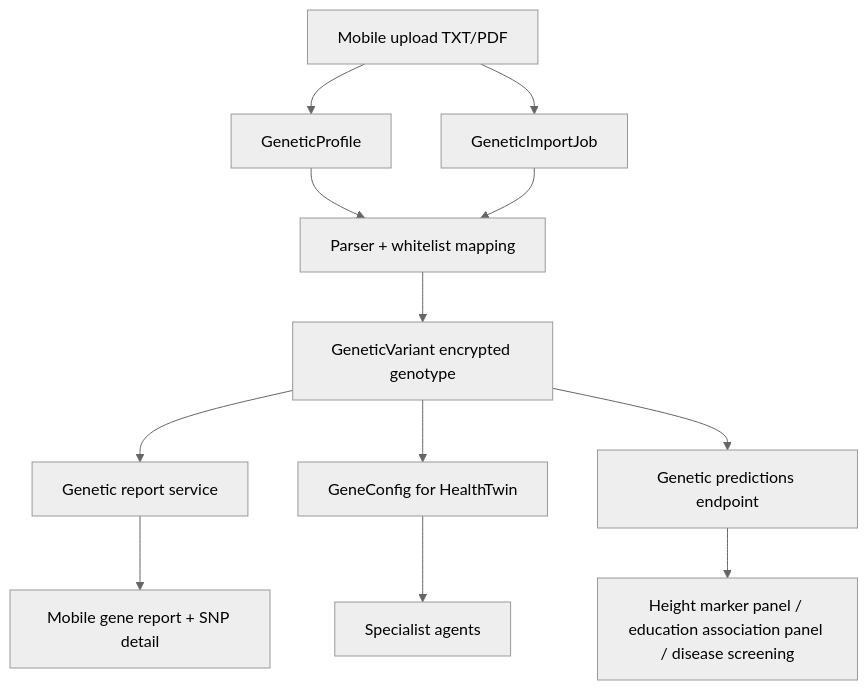
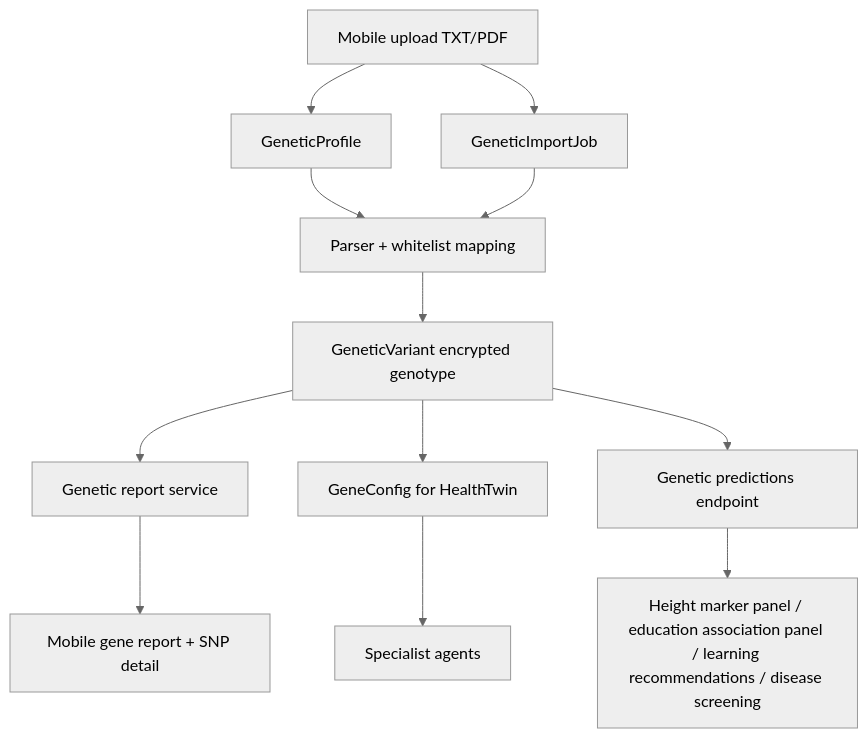
The diagram in docs/GENETIC_MODULE_ARCHITECTURE.md (itsoso/health-llm-driven), drawn with Mermaid (neutral theme) before and after one commit. The commit also changed other lines of this file and 4 other files, not shown here.

Commit message:
feat(genetics): add learning strategy recommendations

````diff
--- a/docs/GENETIC_MODULE_ARCHITECTURE.md
+++ b/docs/GENETIC_MODULE_ARCHITECTURE.md
@@ -11,14 +11,14 @@
 ```mermaid
 flowchart TD
     A["Mobile upload TXT/PDF"] --> B["GeneticProfile"]
     A --> C["GeneticImportJob"]
     B --> D["Parser + whitelist mapping"]
     C --> D
     D --> E["GeneticVariant encrypted genotype"]
     E --> F["Genetic report service"]
     E --> G["GeneConfig for HealthTwin"]
     E --> H["Genetic predictions endpoint"]
     F --> I["Mobile gene report + SNP detail"]
     G --> J["Specialist agents"]
-    H --> K["Height marker panel / education association panel / disease screening"]
+    H --> K["Height marker panel / education association panel / learning recommendations / disease screening"]
 ```
````
